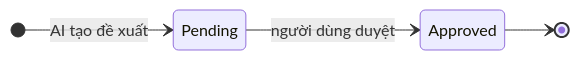
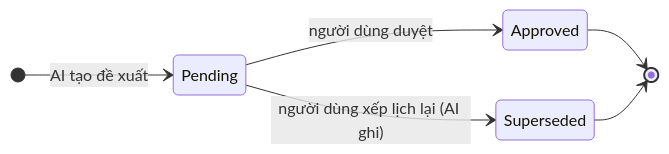
Diagram 24 of 24 in docs/REPO_GUIDE.md (Capstone-GFA26SE116/Backend), drawn with Mermaid before and after one commit. The commit also changed other lines of this file and 17 other files, not shown here.

````diff
--- a/docs/REPO_GUIDE.md
+++ b/docs/REPO_GUIDE.md
@@ -2267,7 +2277,9 @@
 ```mermaid
 stateDiagram-v2
     direction LR
     [*] --> Pending : AI tạo đề xuất
     Pending --> Approved : người dùng duyệt
+    Pending --> Superseded : người dùng xếp lịch lại (AI ghi)
     Approved --> [*]
+    Superseded --> [*]
 ```
````
